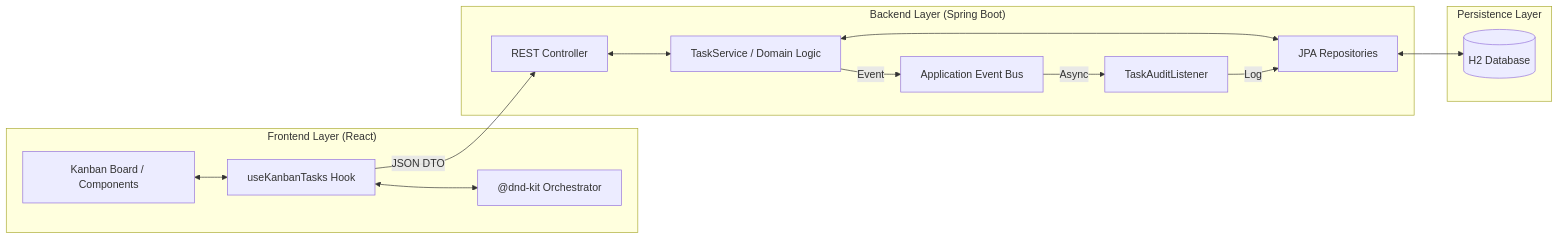
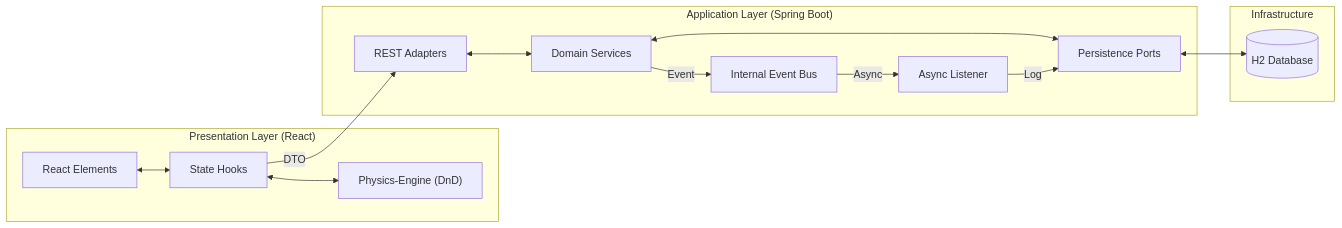
Before and after one commit to WilqueMessias/To-Do-GP: the first of 2 diagrams in docs/ARCHITECTURE.md, drawn with Mermaid. The commit also changed other lines of this file and 3 other files, not shown here.

Commit message:
Portuguese version of architecture specification.

````diff
--- a/docs/ARCHITECTURE.md
+++ b/docs/ARCHITECTURE.md
@@ -9,30 +15,30 @@
 ```mermaid
 graph LR
-    subgraph "Frontend Layer (React)"
-        Store["useKanbanTasks Hook"]
-        UI["Kanban Board / Components"]
-        DND["@dnd-kit Orchestrator"]
+    subgraph "Presentation Layer (React)"
+        Store["State Hooks"]
+        UI["React Elements"]
+        DND["Physics-Engine (DnD)"]
     end
 
-    subgraph "Backend Layer (Spring Boot)"
-        Controller["REST Controller"]
-        Service["TaskService / Domain Logic"]
-        Repo["JPA Repositories"]
-        EventBus["Application Event Bus"]
-        Audit["TaskAuditListener"]
+    subgraph "Application Layer (Spring Boot)"
+        Controller["REST Adapters"]
+        Service["Domain Services"]
+        Repo["Persistence Ports"]
+        EventBus["Internal Event Bus"]
+        Audit["Async Listener"]
     end
 
-    subgraph "Persistence Layer"
+    subgraph "Infrastructure"
         DB[("H2 Database")]
     end
 
     UI <--> Store
     Store <--> DND
-    Store -- "JSON DTO" --> Controller
+    Store -- "DTO" --> Controller
     Controller <--> Service
     Service <--> Repo
     Service -- "Event" --> EventBus
     EventBus -- "Async" --> Audit
     Audit -- "Log" --> Repo
     Repo <--> DB
 ```
````
